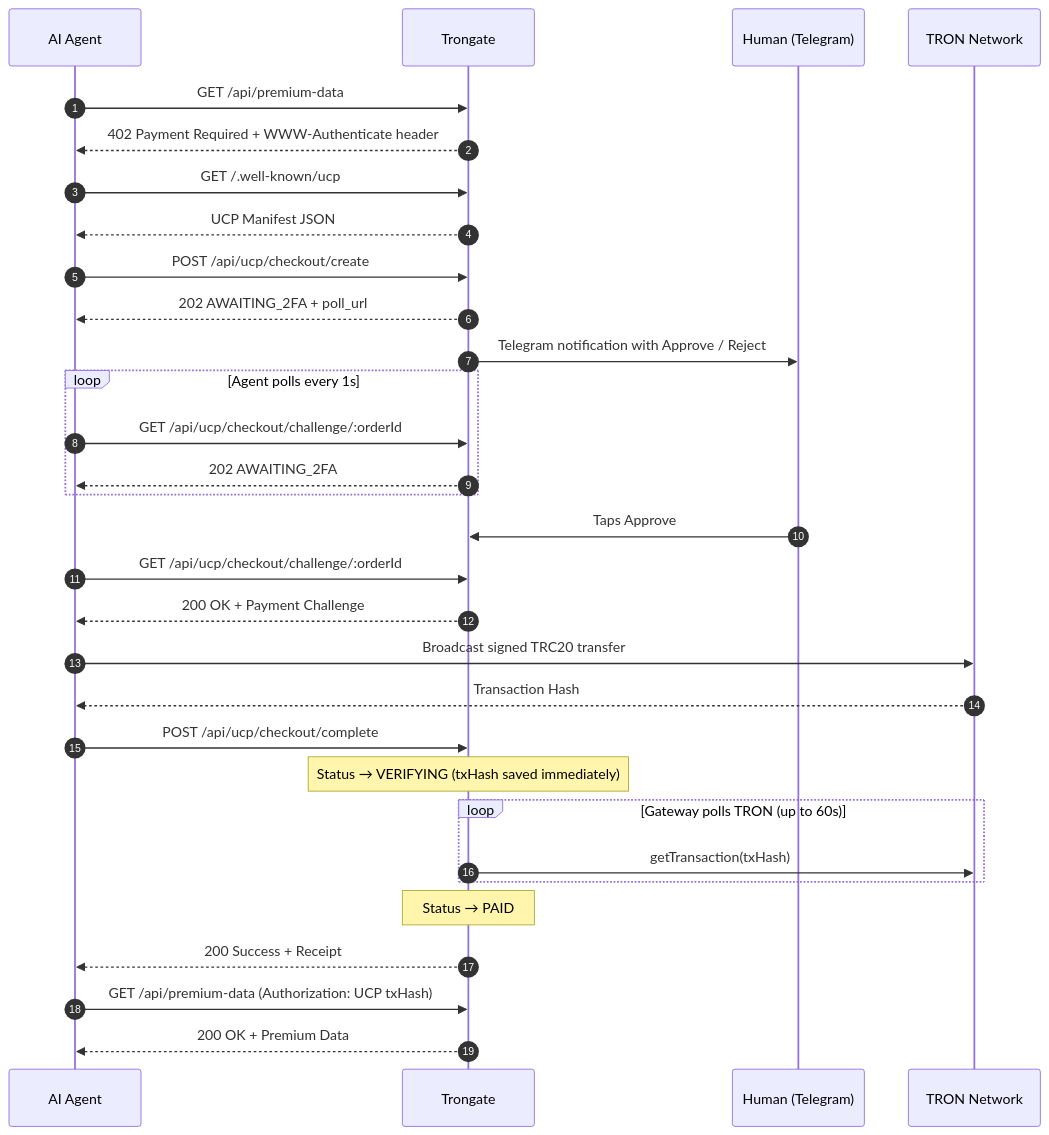
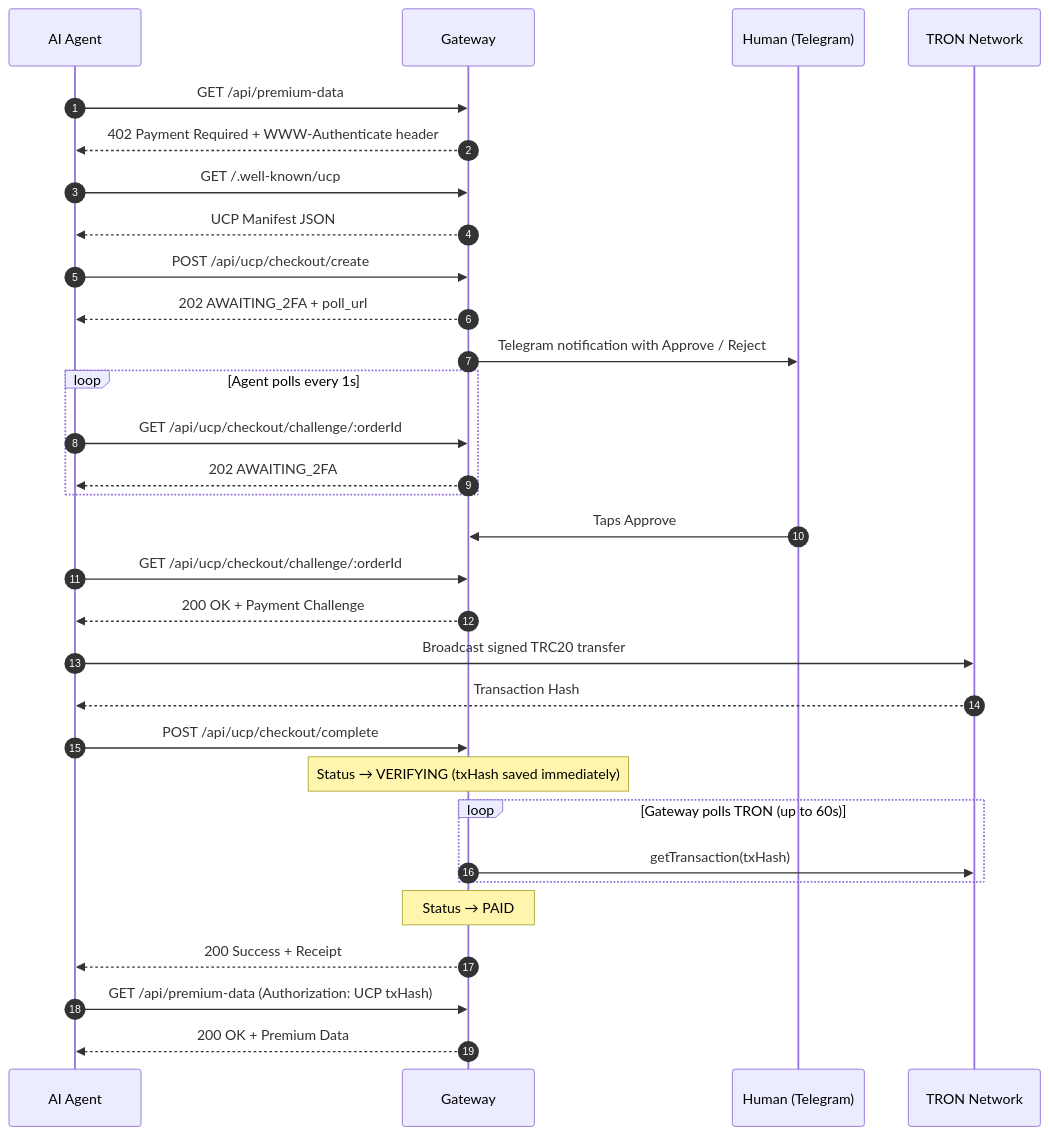
The second of 2 diagrams in README.md (aziz1975/tron-ucp-demo), drawn with Mermaid before and after one commit. The commit also changed other lines of this file and 5 other files, not shown here.

````diff
--- a/README.md
+++ b/README.md
@@ -229,43 +229,43 @@
 ```mermaid
 sequenceDiagram
     autonumber
     participant Agent as AI Agent
-    participant Gateway as Trongate
+    participant Gateway
     participant Human as Human (Telegram)
     participant TRON as TRON Network
 
     Agent->>Gateway: GET /api/premium-data
     Gateway-->>Agent: 402 Payment Required + WWW-Authenticate header
 
     Agent->>Gateway: GET /.well-known/ucp
     Gateway-->>Agent: UCP Manifest JSON
 
     Agent->>Gateway: POST /api/ucp/checkout/create
     Gateway-->>Agent: 202 AWAITING_2FA + poll_url
     Gateway->>Human: Telegram notification with Approve / Reject
 
     loop Agent polls every 1s
         Agent->>Gateway: GET /api/ucp/checkout/challenge/:orderId
         Gateway-->>Agent: 202 AWAITING_2FA
     end
 
     Human->>Gateway: Taps Approve
     Agent->>Gateway: GET /api/ucp/checkout/challenge/:orderId
     Gateway-->>Agent: 200 OK + Payment Challenge
 
     Agent->>TRON: Broadcast signed TRC20 transfer
     TRON-->>Agent: Transaction Hash
 
     Agent->>Gateway: POST /api/ucp/checkout/complete
     Note over Gateway: Status → VERIFYING (txHash saved immediately)
 
     loop Gateway polls TRON (up to 60s)
         Gateway->>TRON: getTransaction(txHash)
     end
 
     Note over Gateway: Status → PAID
     Gateway-->>Agent: 200 Success + Receipt
 
     Agent->>Gateway: GET /api/premium-data (Authorization: UCP txHash)
     Gateway-->>Agent: 200 OK + Premium Data
 ```
````
